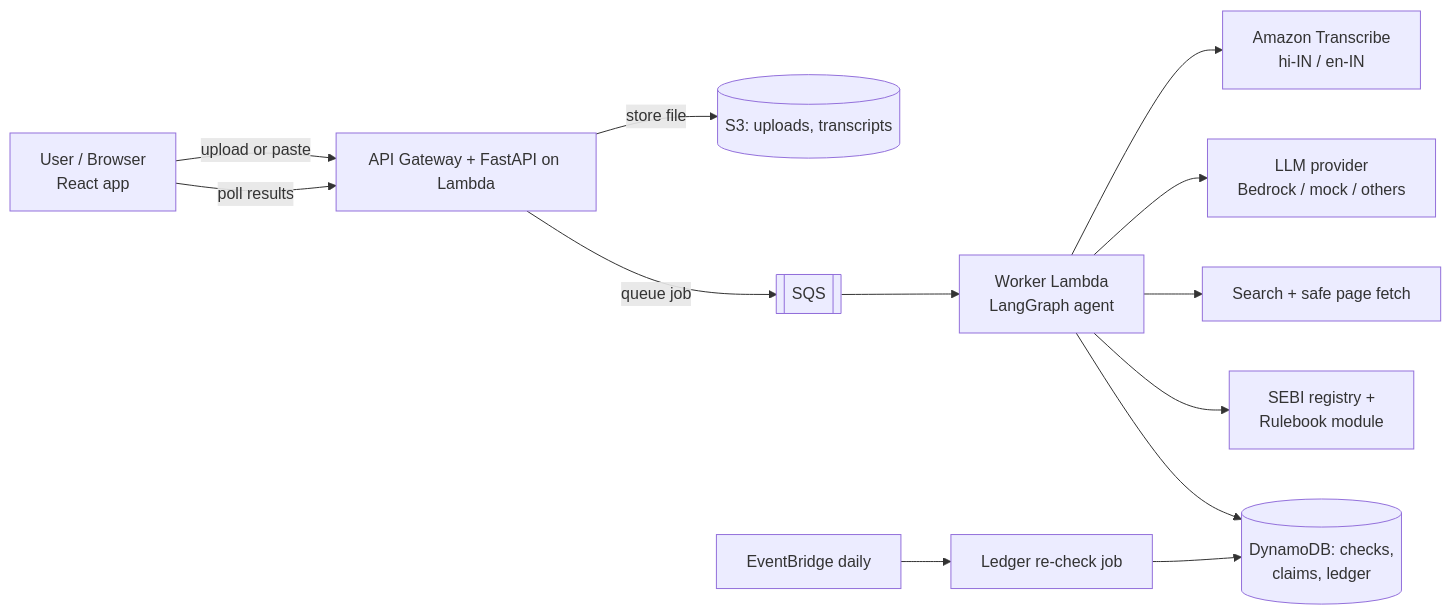
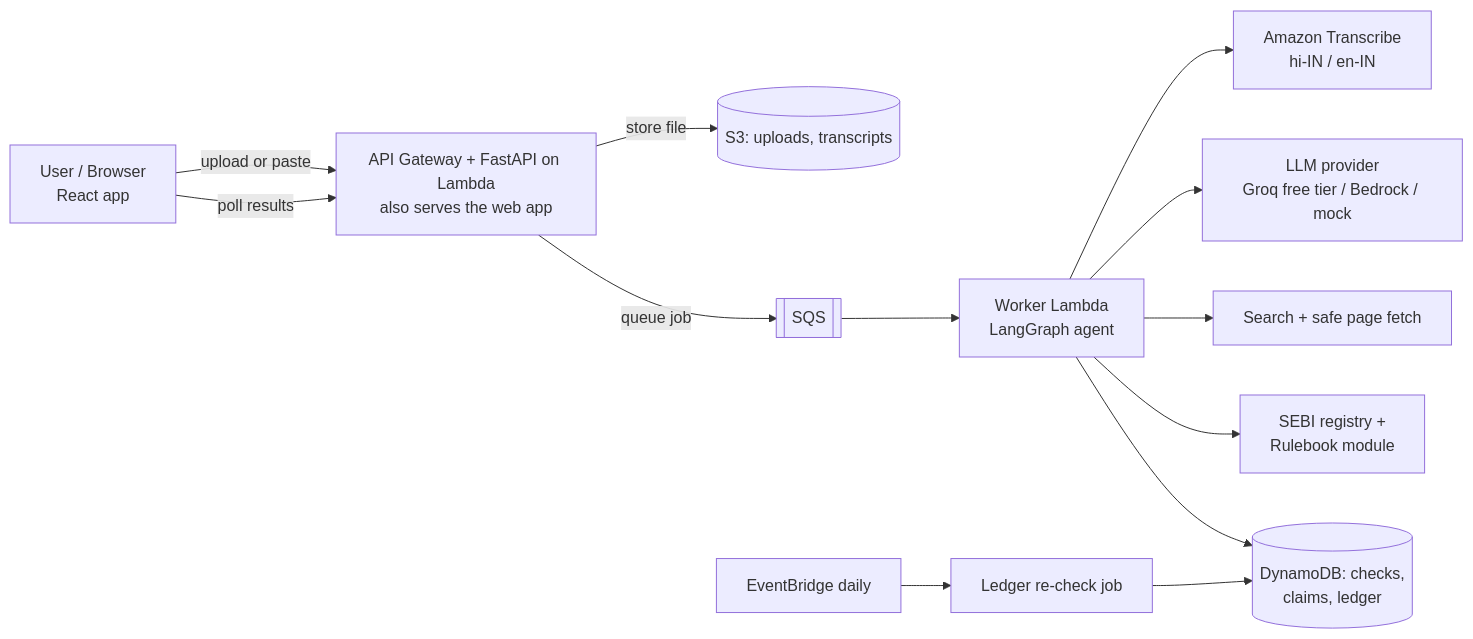
One commit to Anushkajoshii/PaperTrail changed the diagram in README.md. Above: the diagram before and after it, drawn with Mermaid. The commit also changed other lines of this file and 4 other files, not shown here.

Commit message:
docs: deployment guide with cost table, ADR-016, README and roadmap

````diff
--- a/README.md
+++ b/README.md
@@ -38,14 +38,14 @@
 ```mermaid
 flowchart LR
-    U[User / Browser<br/>React app] -->|upload or paste| API[API Gateway + FastAPI on Lambda]
+    U[User / Browser<br/>React app] -->|upload or paste| API[API Gateway + FastAPI on Lambda<br/>also serves the web app]
     API -->|store file| S3[(S3: uploads, transcripts)]
     API -->|queue job| Q[[SQS]]
     Q --> W[Worker Lambda<br/>LangGraph agent]
     W --> T[Amazon Transcribe<br/>hi-IN / en-IN]
-    W --> LLM[LLM provider<br/>Bedrock / mock / others]
+    W --> LLM[LLM provider<br/>Groq free tier / Bedrock / mock]
     W --> S[Search + safe page fetch]
     W --> R[SEBI registry +<br/>Rulebook module]
     W --> DB[(DynamoDB: checks,<br/>claims, ledger)]
     U -->|poll results| API
     EB[EventBridge daily] --> L[Ledger re-check job] --> DB
 ```
````
